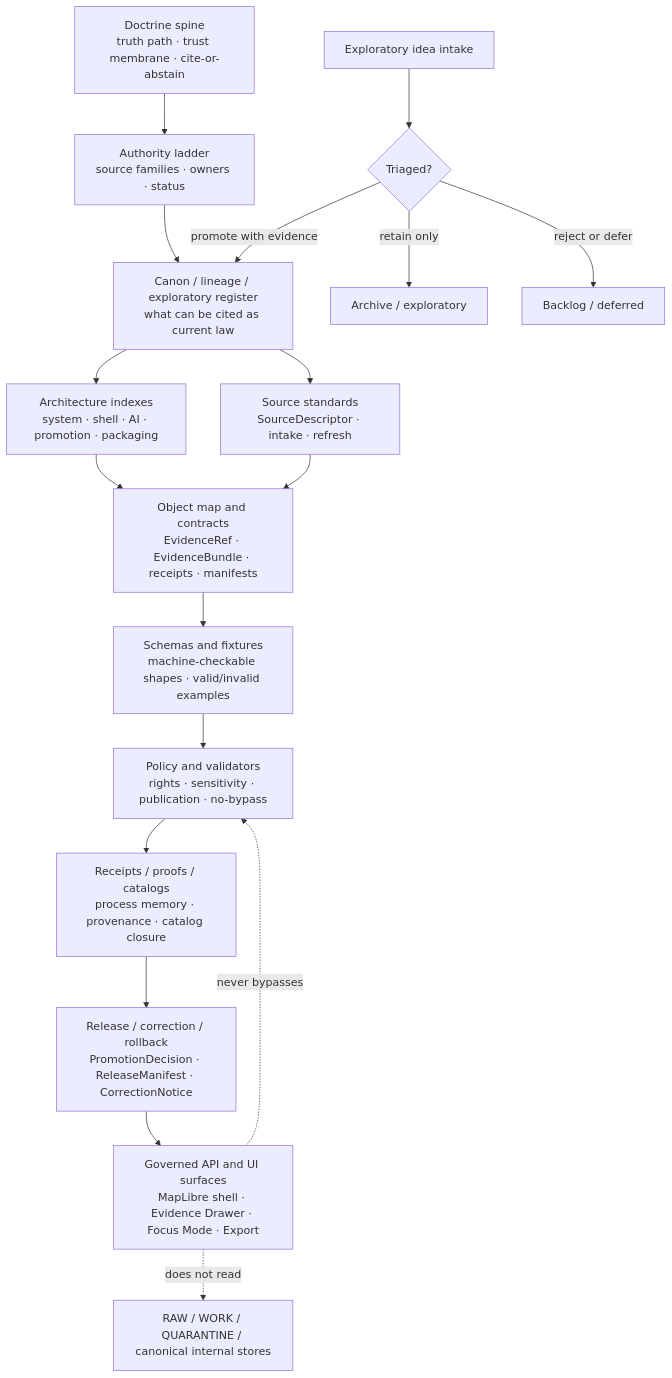
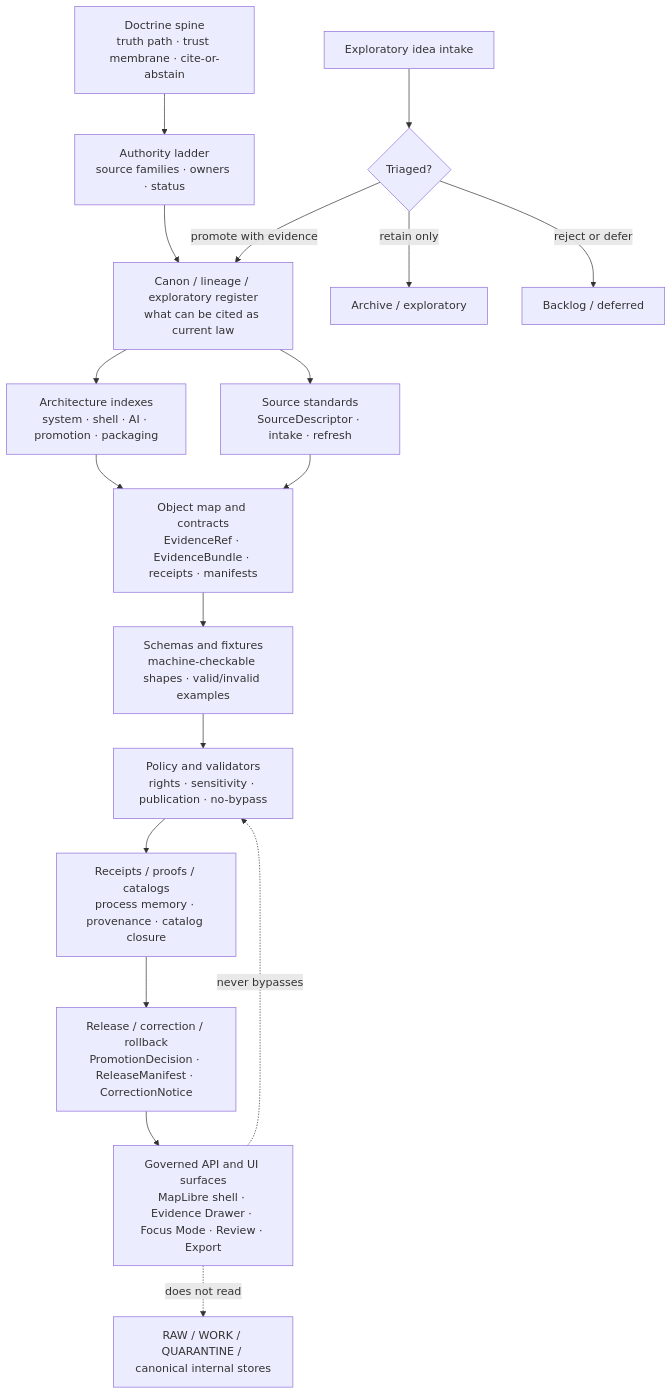
Before and after one commit to bartytime4life/Kansas-Frontier-Matrix: the diagram in docs/architecture/CONTROL_PLANE_INDEX.md, drawn with Mermaid. The commit also changed other lines of this file, not shown here.

````diff
--- a/docs/architecture/CONTROL_PLANE_INDEX.md
+++ b/docs/architecture/CONTROL_PLANE_INDEX.md
@@ -175,22 +198,22 @@
 ```mermaid
 flowchart TD
   A["Doctrine spine<br/>truth path · trust membrane · cite-or-abstain"] --> B["Authority ladder<br/>source families · owners · status"]
   B --> C["Canon / lineage / exploratory register<br/>what can be cited as current law"]
   C --> D["Architecture indexes<br/>system · shell · AI · promotion · packaging"]
   C --> E["Source standards<br/>SourceDescriptor · intake · refresh"]
   D --> F["Object map and contracts<br/>EvidenceRef · EvidenceBundle · receipts · manifests"]
   E --> F
   F --> G["Schemas and fixtures<br/>machine-checkable shapes · valid/invalid examples"]
   G --> H["Policy and validators<br/>rights · sensitivity · publication · no-bypass"]
   H --> I["Receipts / proofs / catalogs<br/>process memory · provenance · catalog closure"]
   I --> J["Release / correction / rollback<br/>PromotionDecision · ReleaseManifest · CorrectionNotice"]
-  J --> K["Governed API and UI surfaces<br/>MapLibre shell · Evidence Drawer · Focus Mode · Export"]
+  J --> K["Governed API and UI surfaces<br/>MapLibre shell · Evidence Drawer · Focus Mode · Review · Export"]
 
   L["Exploratory idea intake"] --> M{"Triaged?"}
   M -->|promote with evidence| C
   M -->|retain only| N["Archive / exploratory"]
   M -->|reject or defer| O["Backlog / deferred"]
 
   K -. "never bypasses" .-> H
   K -. "does not read" .-> P["RAW / WORK / QUARANTINE / canonical internal stores"]
 ```
````
